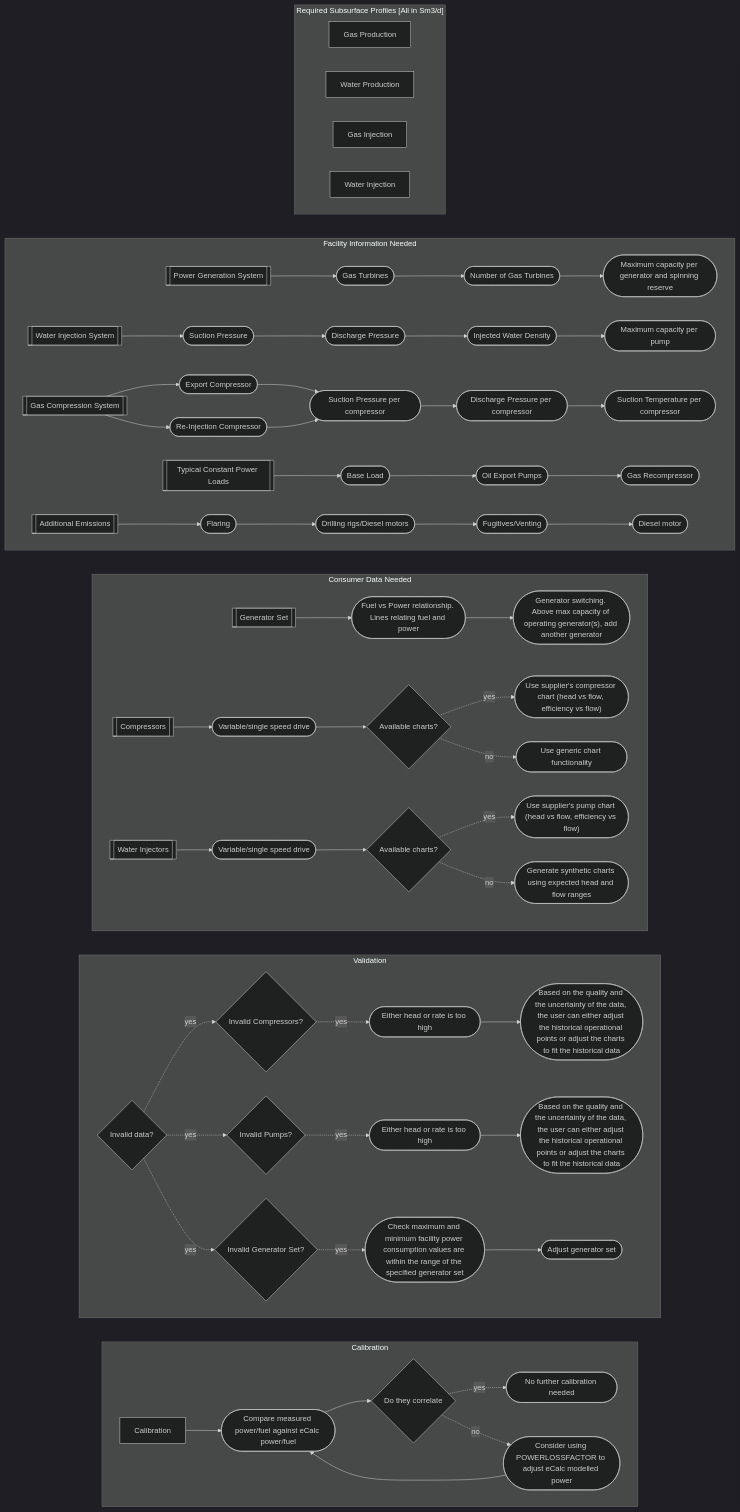
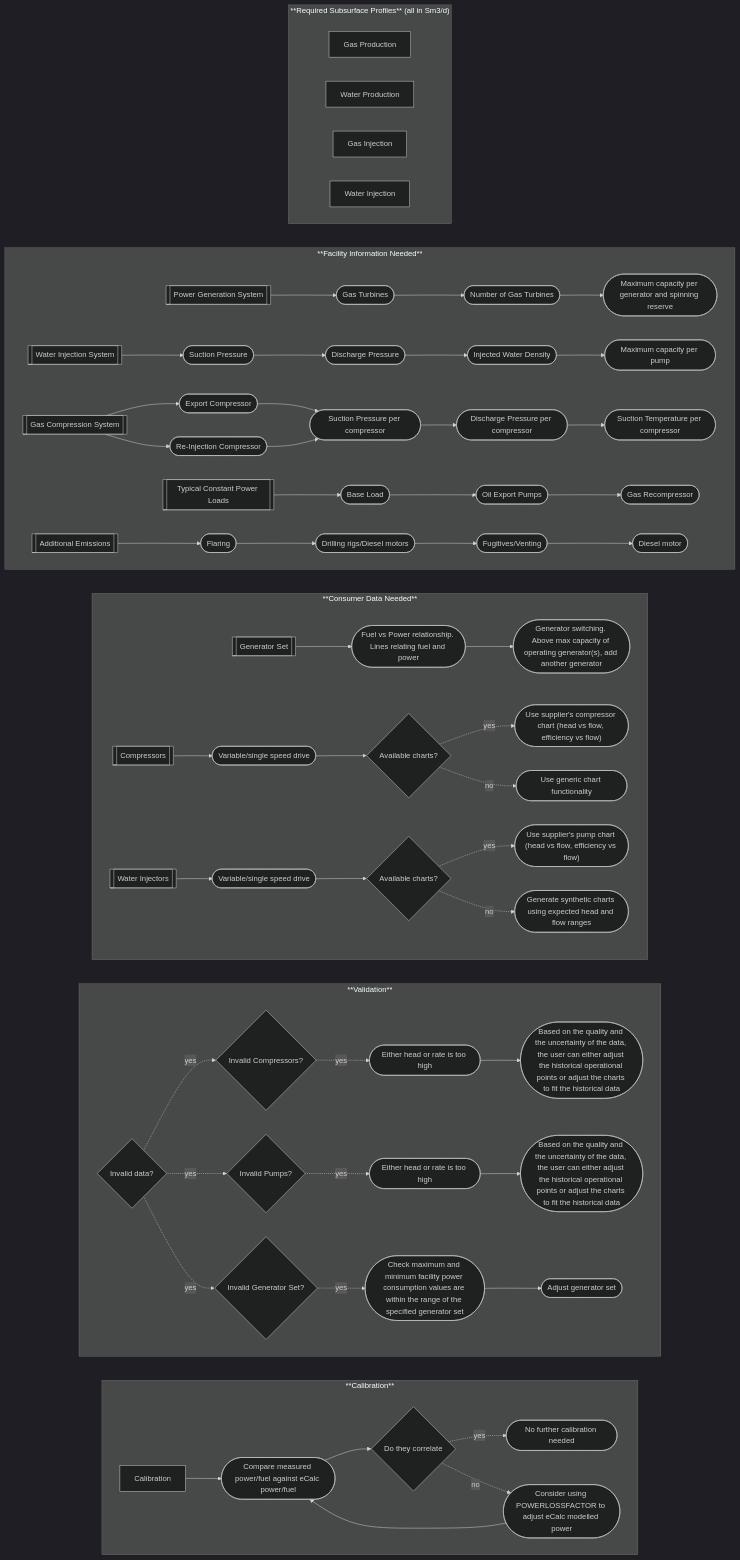
One commit to equinor/ecalc changed the diagram in docs/docs/about/modelling/workflow/generic_workflow.md. Above: the diagram before and after it, drawn with Mermaid (dark theme).

Commit message:
layout: fixed spacing between title and nodes in a mermaid subgraph

````diff
--- a/docs/docs/about/modelling/workflow/generic_workflow.md
+++ b/docs/docs/about/modelling/workflow/generic_workflow.md
@@ -16,6 +16,12 @@
 ```mermaid
+---
+config:
+  flowchart:
+    subGraphTitleMargin:
+      bottom: 20
+---
   flowchart TD;
-      subgraph ide1 ["Required Subsurface Profiles [All in Sm3/d]"]
+      subgraph ide1 ["**Required Subsurface Profiles** (all in Sm3/d)"]
           ide1_A[Gas Production];
           ide1_B[Water Production];
           ide1_C[Gas Injection];
@@ -23,7 +29,7 @@
       end
       
       
-      subgraph ide2 ["Facility Information Needed"]
+      subgraph ide2 ["**Facility Information Needed**"]
 
           ide2_A[[Power Generation System]] --> ide2_A_1([Gas Turbines]);
           ide2_A_1 --> ide2_A_2(["`Number of Gas Turbines `"]);
@@ -51,7 +57,7 @@
       
       end
 
-      subgraph ide3 ["Consumer Data Needed"]
+      subgraph ide3 ["**Consumer Data Needed**"]
 
           ide3_A[[Generator Set]]--> ide3_A_1(["`Fuel vs Power relationship. Lines relating fuel and power`"]);
           ide3_A_1 --> ide3_A_2(["`Generator switching. Above max capacity of operating generator(s), add another generator`"]);
@@ -68,7 +74,7 @@
 
       end
 
-      subgraph ide4 ["Validation"]
+      subgraph ide4 ["**Validation**"]
 
           ide4_A{"Invalid data?"} 
 
@@ -86,7 +92,7 @@
 
       end
 
-      subgraph ide5 ["Calibration"]
+      subgraph ide5 ["**Calibration**"]
 
           ide5_A["`Calibration`"] --> ide5_A_1(["`Compare measured power/fuel against eCalc power/fuel`"]) ;
           ide5_A_1 --> ide5_A_2{"`Do they correlate`"}
````
